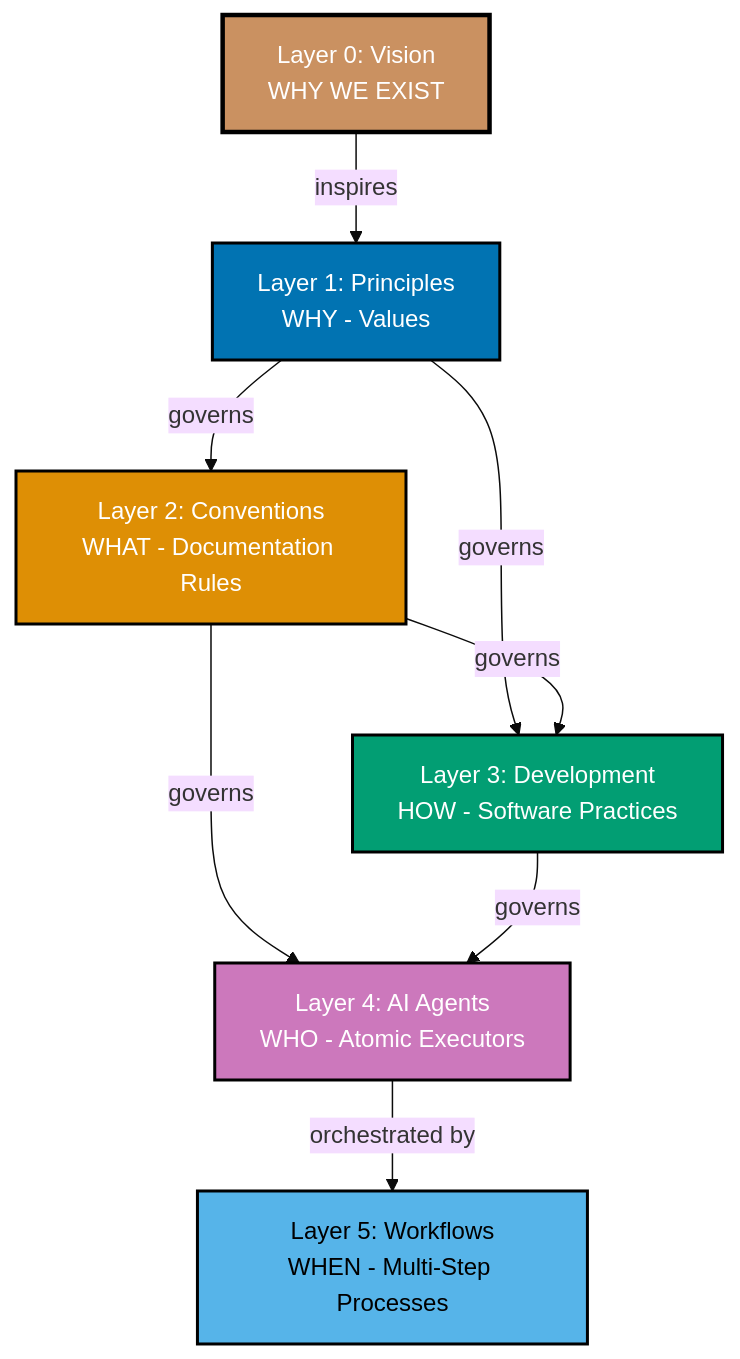
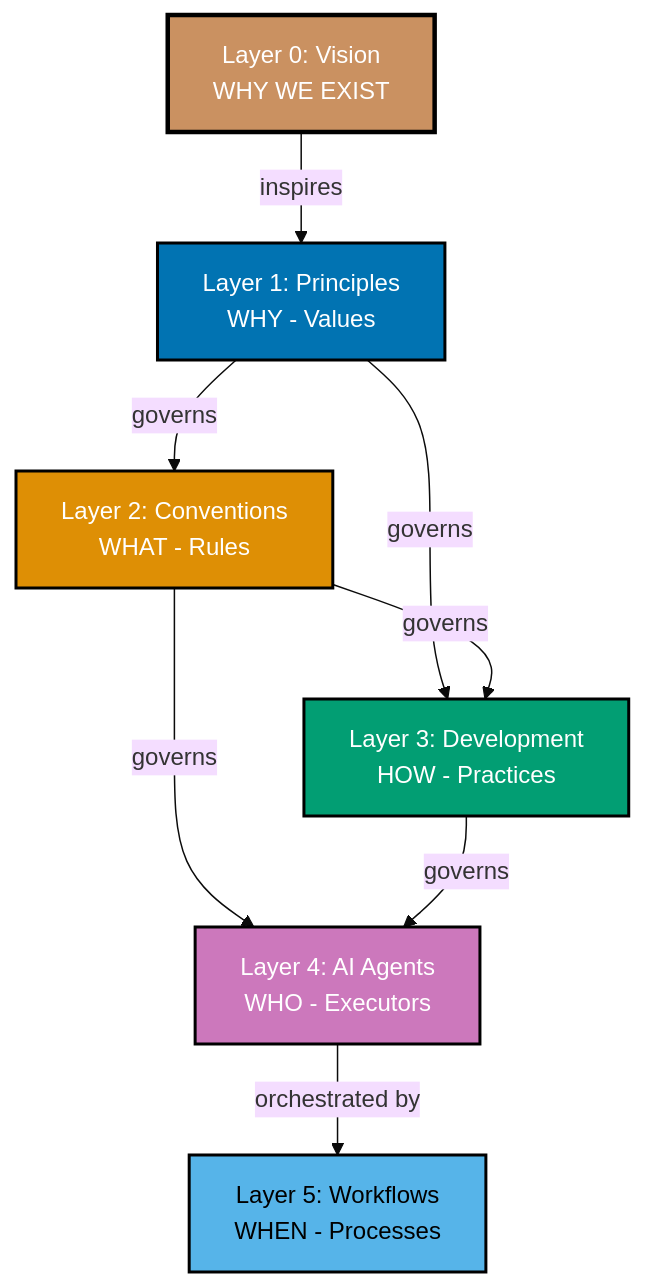
One commit to wahidyankf/open-sharia-enterprise changed the diagram in governance/README.md. Above: the diagram before and after it, drawn with Mermaid (base theme). The commit also changed 15 other files, not shown here.

First line of the commit message:
fix(governance): fix pre-existing mermaid diagram violations in governance docs

````diff
--- a/governance/README.md
+++ b/governance/README.md
@@ -39,25 +39,18 @@
 ```mermaid
 %% Color Palette: Blue #0173B2, Orange #DE8F05, Teal #029E73, Purple #CC78BC, Brown #CA9161, Sky Blue #56B4E9
 graph TD
- L0[Layer 0: Vision<br/>WHY WE EXIST]
- L1[Layer 1: Principles<br/>WHY - Values]
- L2[Layer 2: Conventions<br/>WHAT - Documentation Rules]
- L3[Layer 3: Development<br/>HOW - Software Practices]
- L4[Layer 4: AI Agents<br/>WHO - Atomic Executors]
- L5[Layer 5: Workflows<br/>WHEN - Multi-Step Processes]
-
- L0 -->|inspires| L1
- L1 -->|governs| L2
- L1 -->|governs| L3
- L2 -->|governs| L3
- L2 -->|governs| L4
- L3 -->|governs| L4
- L4 -->|orchestrated by| L5
+ L0[Layer 0: Vision<br/>WHY WE EXIST] -- inspires --> L1[Layer 1: Principles<br/>WHY - Values]
+ L1 -- governs --> L2[Layer 2: Conventions<br/>WHAT - Rules]
+ L1 -- governs --> L3[Layer 3: Development<br/>HOW - Practices]
+ L2 -- governs --> L3
+ L2 -- governs --> L4[Layer 4: AI Agents<br/>WHO - Executors]
+ L3 -- governs --> L4
+ L4 -- orchestrated by --> L5[Layer 5: Workflows<br/>WHEN - Processes]
 
  style L0 fill:#CA9161,stroke:#000000,color:#FFFFFF,stroke-width:3px
  style L1 fill:#0173B2,stroke:#000000,color:#FFFFFF,stroke-width:2px
  style L2 fill:#DE8F05,stroke:#000000,color:#FFFFFF,stroke-width:2px
  style L3 fill:#029E73,stroke:#000000,color:#FFFFFF,stroke-width:2px
  style L4 fill:#CC78BC,stroke:#000000,color:#FFFFFF,stroke-width:2px
  style L5 fill:#56B4E9,stroke:#000000,color:#000000,stroke-width:2px
 ```
````
